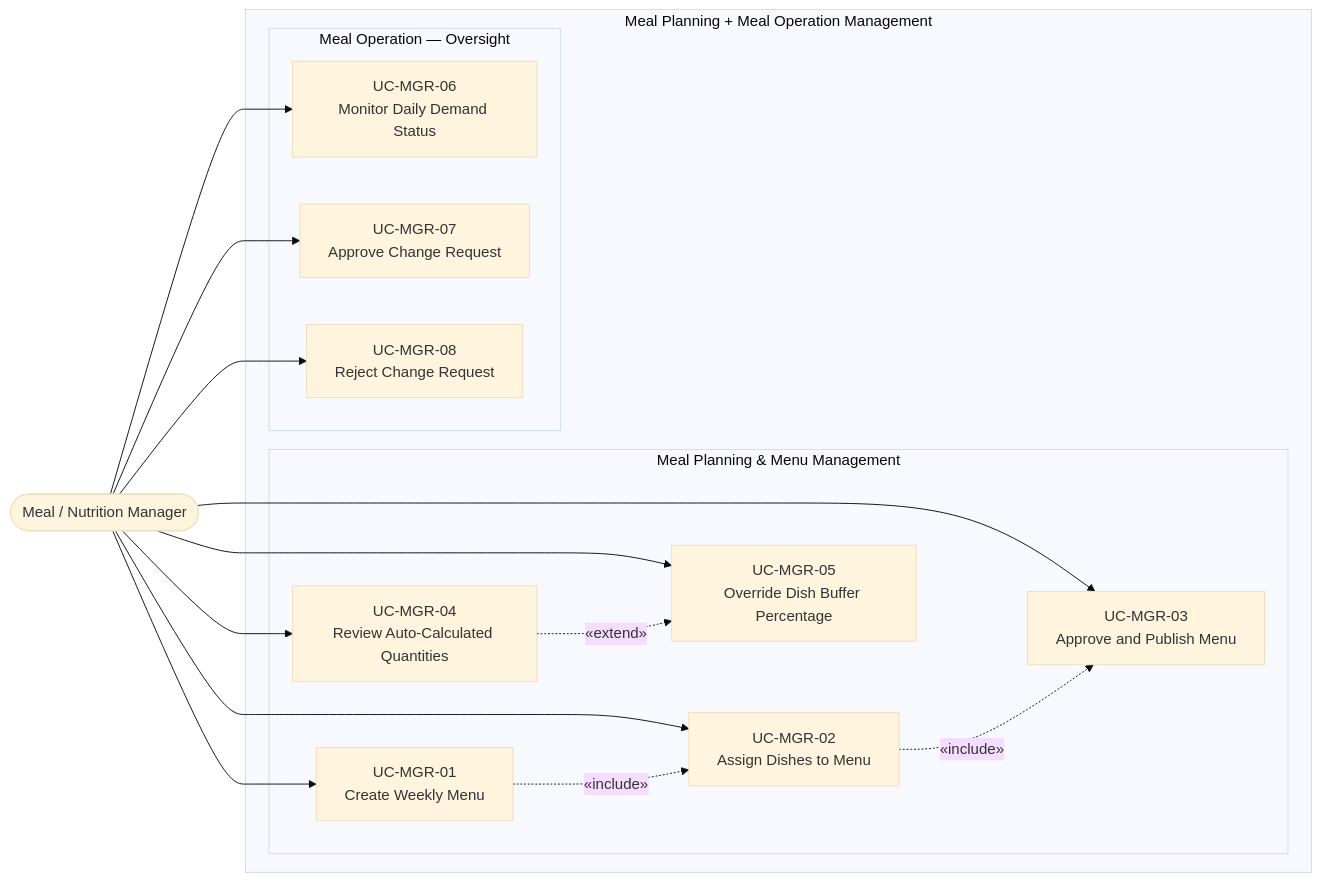
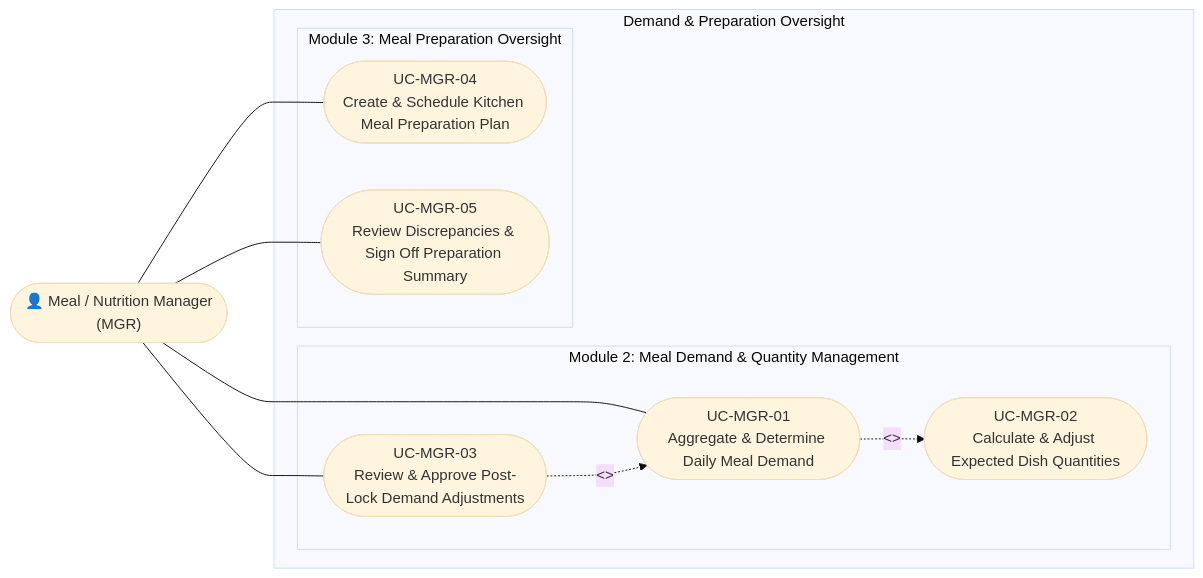
The diagram in docs/03-roles-usecases/usecase-manager.md (Bernie-TruongTQ/PRIMARY_SCHOOL_SEMI-BOARDING_MEAL_MANAGEMENT_SYSTEM), drawn with Mermaid (base theme) before and after one commit. The commit also changed other lines of this file and 19 other files, not shown here.

Commit message:
docs: add comprehensive top-down documentation covering roles, use cases, information architecture, and traceability

````diff
--- a/docs/03-roles-usecases/usecase-manager.md
+++ b/docs/03-roles-usecases/usecase-manager.md
@@ -5,33 +13,25 @@
 ```mermaid
-graph LR
-    MGR([Meal / Nutrition Manager])
+flowchart LR
+    MGR(["👤 Meal / Nutrition Manager\n(MGR)"])
 
-    subgraph SYSTEM["Meal Planning + Meal Operation Management"]
-        subgraph MPN["Meal Planning & Menu Management"]
-            UC_MGR_01["UC-MGR-01\nCreate Weekly Menu"]
-            UC_MGR_02["UC-MGR-02\nAssign Dishes to Menu"]
-            UC_MGR_03["UC-MGR-03\nApprove and Publish Menu"]
-            UC_MGR_04["UC-MGR-04\nReview Auto-Calculated Quantities"]
-            UC_MGR_05["UC-MGR-05\nOverride Dish Buffer Percentage"]
+    subgraph SYSTEM["Demand & Preparation Oversight"]
+        subgraph MOD2["Module 2: Meal Demand & Quantity Management"]
+            UC1(["UC-MGR-01\nAggregate & Determine Daily Meal Demand"])
+            UC2(["UC-MGR-02\nCalculate & Adjust Expected Dish Quantities"])
+            UC3(["UC-MGR-03\nReview & Approve Post-Lock Demand Adjustments"])
         end
 
-        subgraph MOP["Meal Operation — Oversight"]
-            UC_MGR_06["UC-MGR-06\nMonitor Daily Demand Status"]
-            UC_MGR_07["UC-MGR-07\nApprove Change Request"]
-            UC_MGR_08["UC-MGR-08\nReject Change Request"]
+        subgraph MOD3["Module 3: Meal Preparation Oversight"]
+            UC4(["UC-MGR-04\nCreate & Schedule Kitchen Meal Preparation Plan"])
+            UC5(["UC-MGR-05\nReview Discrepancies & Sign Off Preparation Summary"])
         end
     end
 
-    MGR --> UC_MGR_01
-    MGR --> UC_MGR_02
-    MGR --> UC_MGR_03
-    MGR --> UC_MGR_04
-    MGR --> UC_MGR_05
-    MGR --> UC_MGR_06
-    MGR --> UC_MGR_07
-    MGR --> UC_MGR_08
+    MGR --- UC1
+    MGR --- UC3
+    MGR --- UC4
+    MGR --- UC5
 
-    UC_MGR_01 -.->|"«include»"| UC_MGR_02
-    UC_MGR_02 -.->|"«include»"| UC_MGR_03
-    UC_MGR_04 -.->|"«extend»"| UC_MGR_05
+    UC1 -.->|"<<include>>"| UC2
+    UC3 -.->|"<<extend>>"| UC1
 ```
````
